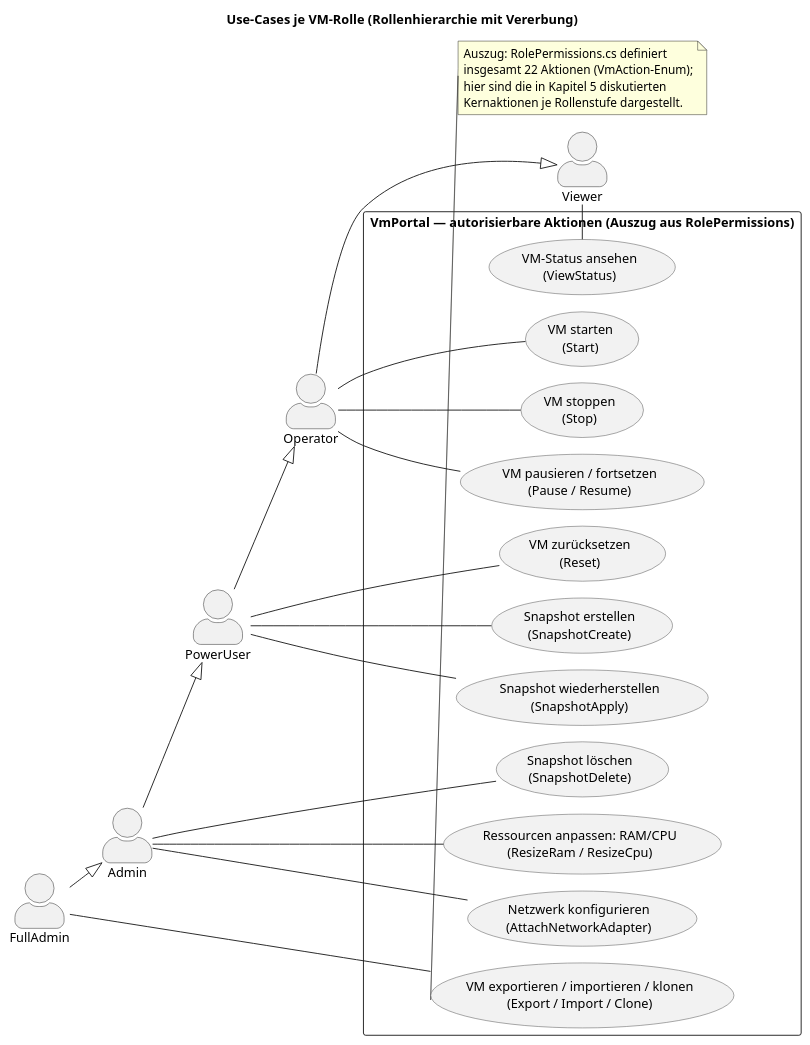
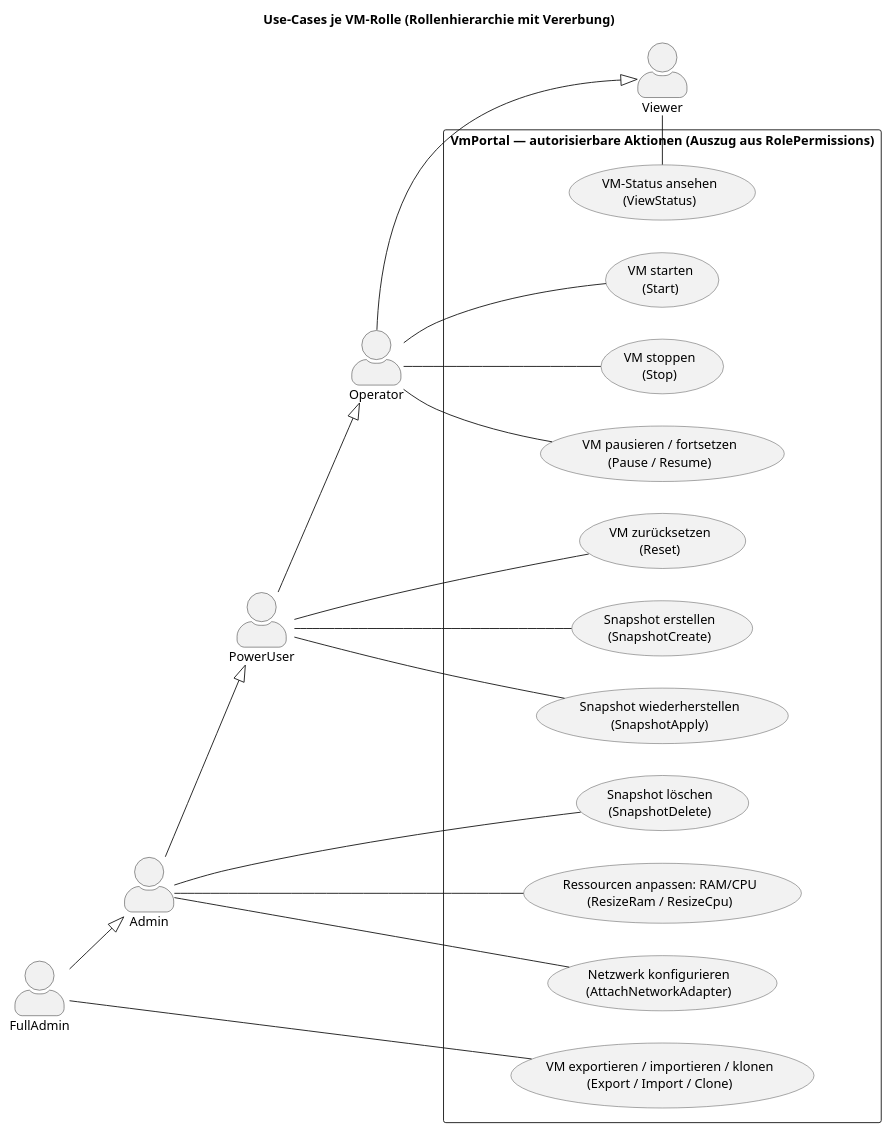
Before and after one commit to mikaildhbw/vm-portal: the diagram in thesis/diagrams/use_case_rollen.puml, drawn with PlantUML. The commit also changed 13 other files, not shown here.

Commit message:
fix(diagrams): Rendering mit Graphviz statt Smetana-Fallback

```diff
--- a/thesis/diagrams/use_case_rollen.puml
+++ b/thesis/diagrams/use_case_rollen.puml
@@ -1,65 +1,57 @@
 @startuml use_case_rollen
-!pragma layout smetana
 title Use-Cases je VM-Rolle (Rollenhierarchie mit Vererbung)
 left to right direction
 
 skinparam backgroundColor white
 skinparam actorStyle awesome
 skinparam usecase {
   BackgroundColor #F2F2F2
   BorderColor #444444
 }
 
 actor Viewer
 actor Operator
 actor PowerUser
 actor Admin
 actor FullAdmin
 
 ' Rollenvererbung gemaess VmRole (Viewer=0 < Operator=1 < PowerUser=2 < Admin=3 < FullAdmin=4):
 ' eine hoehere Rolle erbt alle Rechte der niedrigeren Rolle.
 Operator --|> Viewer
 PowerUser --|> Operator
 Admin --|> PowerUser
 FullAdmin --|> Admin
 
 rectangle "VmPortal — autorisierbare Aktionen (Auszug aus RolePermissions)" {
   usecase "VM-Status ansehen\n(ViewStatus)" as UC_View
   usecase "VM starten\n(Start)" as UC_Start
   usecase "VM stoppen\n(Stop)" as UC_Stop
   usecase "VM pausieren / fortsetzen\n(Pause / Resume)" as UC_Pause
   usecase "VM zurücksetzen\n(Reset)" as UC_Reset
   usecase "Snapshot erstellen\n(SnapshotCreate)" as UC_SnapCreate
   usecase "Snapshot wiederherstellen\n(SnapshotApply)" as UC_SnapApply
   usecase "Snapshot löschen\n(SnapshotDelete)" as UC_SnapDelete
   usecase "Ressourcen anpassen: RAM/CPU\n(ResizeRam / ResizeCpu)" as UC_Resize
   usecase "Netzwerk konfigurieren\n(AttachNetworkAdapter)" as UC_Network
   usecase "VM exportieren / importieren / klonen\n(Export / Import / Clone)" as UC_ExportImport
 }
 
 ' Jeder Use Case ist an die jeweils niedrigste berechtigte Rolle geknüpft;
 ' hoehere Rollen erhalten das Recht ausschliesslich ueber die Aktorvererbung oben.
 Viewer -- UC_View
 
 Operator -- UC_Start
 Operator -- UC_Stop
 Operator -- UC_Pause
 
 PowerUser -- UC_Reset
 PowerUser -- UC_SnapCreate
 PowerUser -- UC_SnapApply
 
 Admin -- UC_SnapDelete
 Admin -- UC_Resize
 Admin -- UC_Network
 
 FullAdmin -- UC_ExportImport
 
-note bottom of UC_ExportImport
-  Auszug: RolePermissions.cs definiert
-  insgesamt 22 Aktionen (VmAction-Enum);
-  hier sind die in Kapitel 5 diskutierten
-  Kernaktionen je Rollenstufe dargestellt.
-end note
-
 @enduml
```
